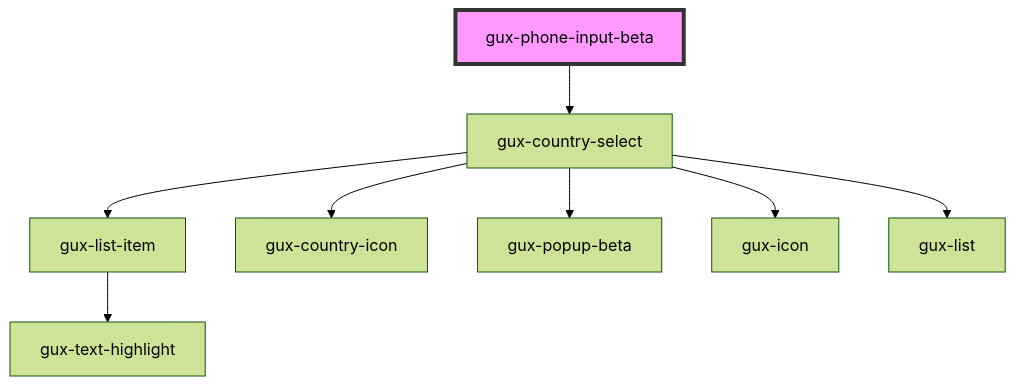
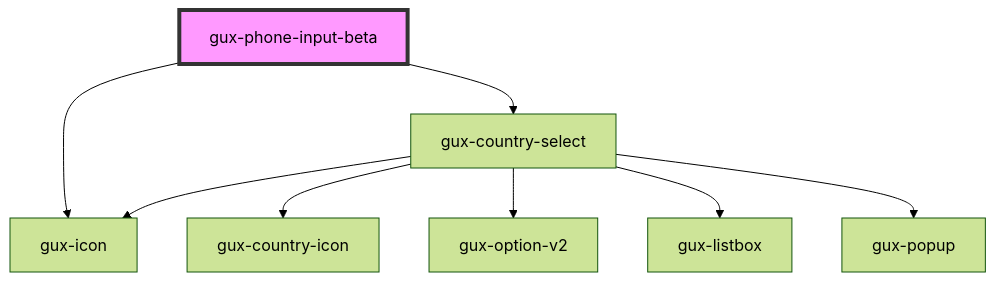
The diagram in src/components/beta/gux-phone-input/readme.md (MyPureCloud/genesys-spark), drawn with Mermaid (forest theme) before and after one commit. The commit also changed other lines of this file and 14 other files, not shown here.

Commit message:
chore(phone-input): update baseline styling

````diff
--- a/src/components/beta/gux-phone-input/readme.md
+++ b/src/components/beta/gux-phone-input/readme.md
@@ -22,11 +25,11 @@
 ```mermaid
 graph TD;
   gux-phone-input-beta --> gux-country-select
-  gux-country-select --> gux-list-item
+  gux-phone-input-beta --> gux-icon
+  gux-country-select --> gux-icon
   gux-country-select --> gux-country-icon
-  gux-country-select --> gux-popup-beta
-  gux-country-select --> gux-icon
-  gux-country-select --> gux-list
-  gux-list-item --> gux-text-highlight
+  gux-country-select --> gux-option-v2
+  gux-country-select --> gux-listbox
+  gux-country-select --> gux-popup
   style gux-phone-input-beta fill:#f9f,stroke:#333,stroke-width:4px
 ```
````
